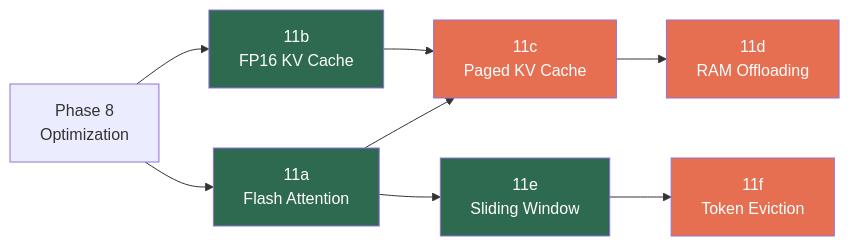
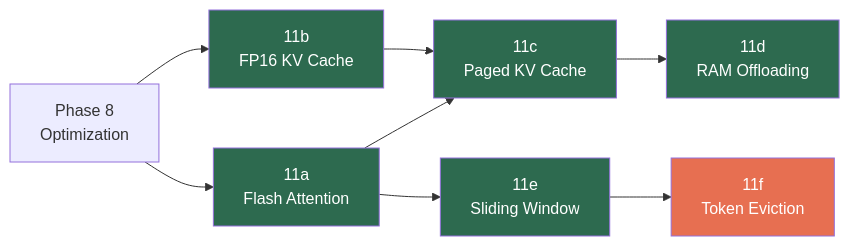
Before and after one commit to MjrTom/daisi-llogos: the sixth of 6 diagrams in docs/roadmap/phase-11-long-context.md, drawn with Mermaid. The commit also changed other lines of this file and 14 other files, not shown here.

````diff
--- a/docs/roadmap/phase-11-long-context.md
+++ b/docs/roadmap/phase-11-long-context.md
@@ -259,24 +259,24 @@
 ```mermaid
 flowchart LR
     P8["Phase 8\nOptimization"]
     A["11a\nFlash Attention"]
     B["11b\nFP16 KV Cache"]
     C["11c\nPaged KV Cache"]
     D["11d\nRAM Offloading"]
     E["11e\nSliding Window"]
     F["11f\nToken Eviction"]
 
     P8 --> A
     P8 --> B
     A --> C --> D
     A --> E
     E --> F
     B --> C
 
     style A fill:#2d6a4f,color:#fff
     style B fill:#2d6a4f,color:#fff
-    style C fill:#e76f51,color:#fff
-    style D fill:#e76f51,color:#fff
+    style C fill:#2d6a4f,color:#fff
+    style D fill:#2d6a4f,color:#fff
     style E fill:#2d6a4f,color:#fff
     style F fill:#e76f51,color:#fff
 ```
````
